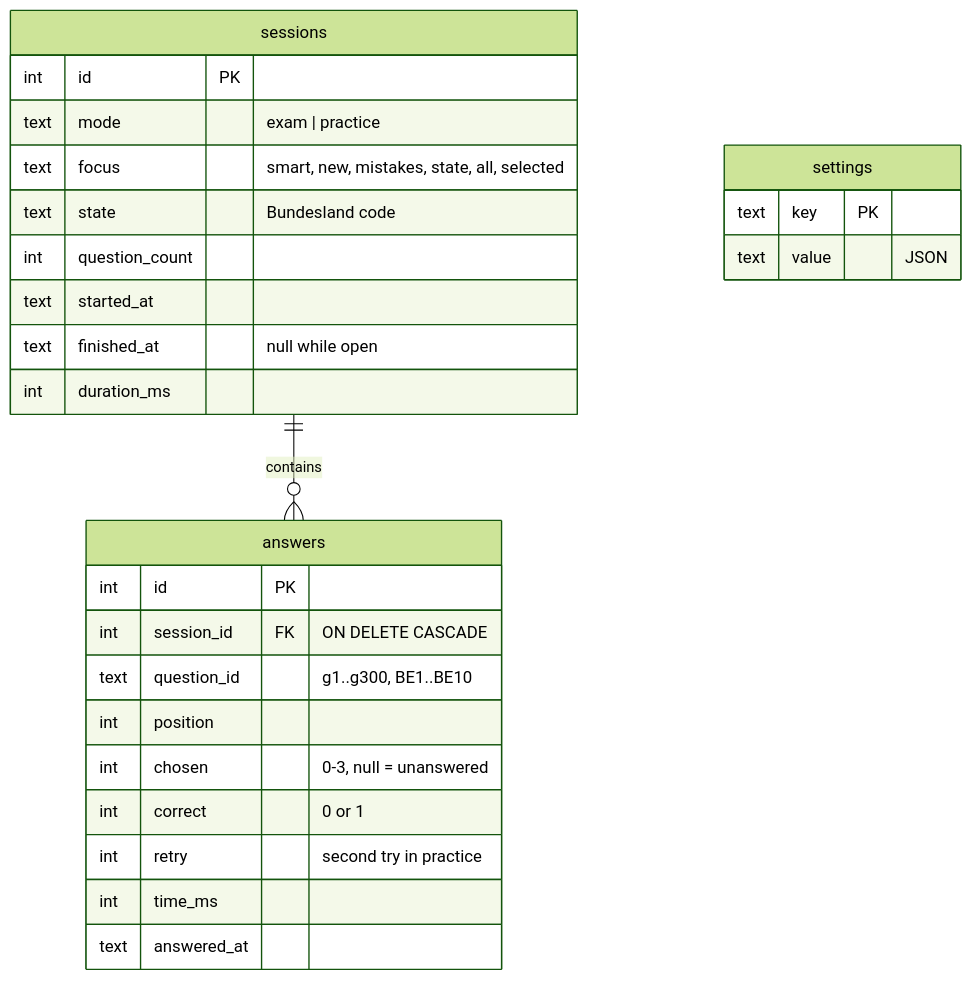
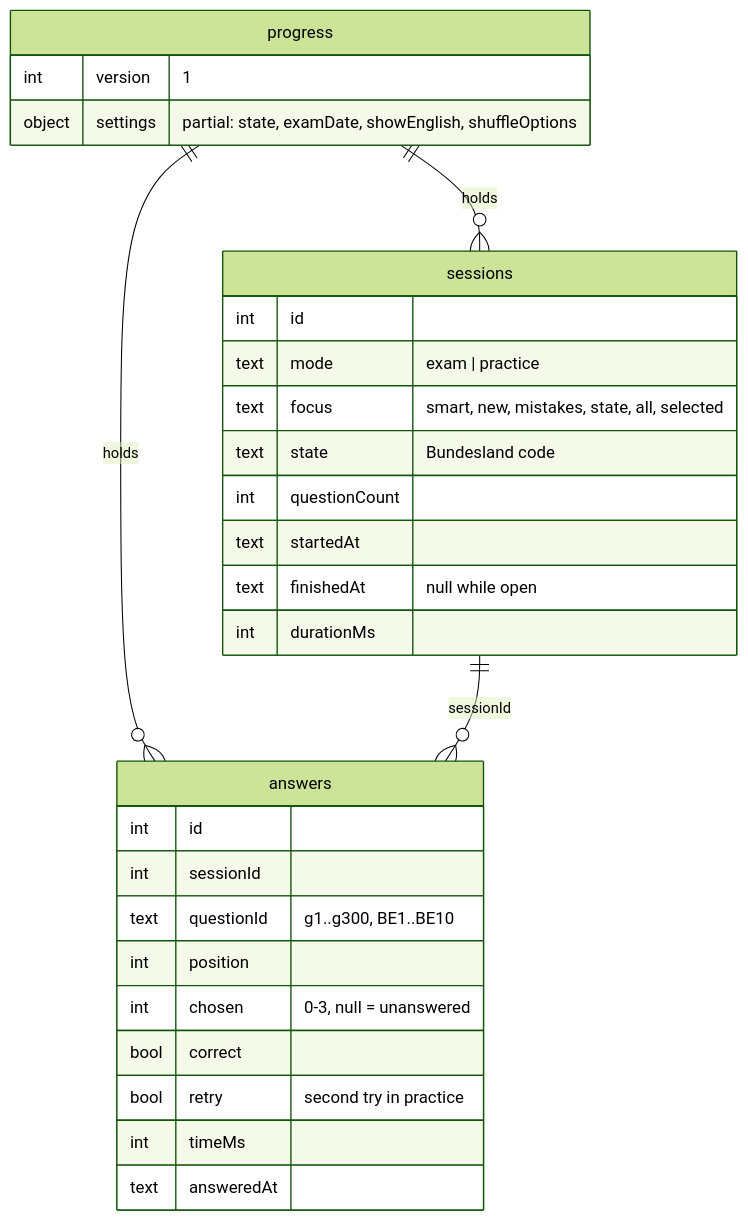
Before and after one commit to IndrajeetPatil/einbuergerungstest: the diagram in docs/progress-database.md, drawn with Mermaid (forest theme). The commit also changed other lines of this file and 12 other files, not shown here.

````diff
--- a/docs/progress-database.md
+++ b/docs/progress-database.md
@@ -9,29 +10,31 @@
 ```mermaid
 erDiagram
-  sessions ||--o{ answers : contains
+  progress ||--o{ sessions : holds
+  progress ||--o{ answers : holds
+  sessions ||--o{ answers : "sessionId"
+  progress {
+    int version "1"
+    object settings "partial: state, examDate, showEnglish, shuffleOptions"
+  }
   sessions {
-    int id PK
+    int id
     text mode "exam | practice"
     text focus "smart, new, mistakes, state, all, selected"
     text state "Bundesland code"
-    int question_count
-    text started_at
-    text finished_at "null while open"
-    int duration_ms
+    int questionCount
+    text startedAt
+    text finishedAt "null while open"
+    int durationMs
   }
   answers {
-    int id PK
-    int session_id FK "ON DELETE CASCADE"
-    text question_id "g1..g300, BE1..BE10"
+    int id
+    int sessionId
+    text questionId "g1..g300, BE1..BE10"
     int position
     int chosen "0-3, null = unanswered"
-    int correct "0 or 1"
-    int retry "second try in practice"
-    int time_ms
-    text answered_at
-  }
-  settings {
-    text key PK
-    text value "JSON"
+    bool correct
+    bool retry "second try in practice"
+    int timeMs
+    text answeredAt
   }
 ```
````
